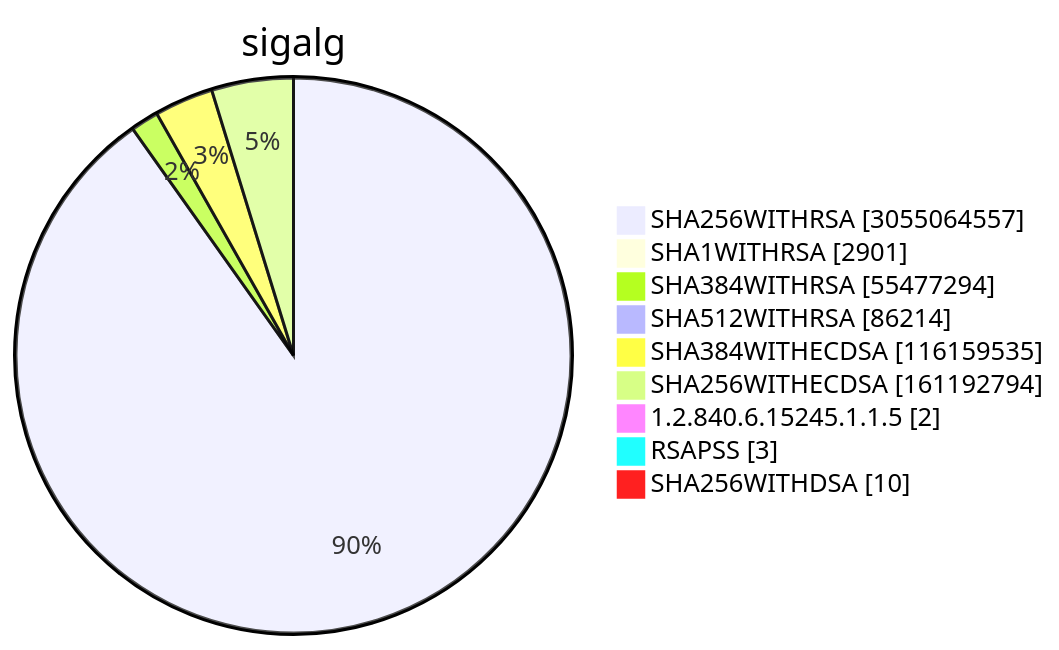
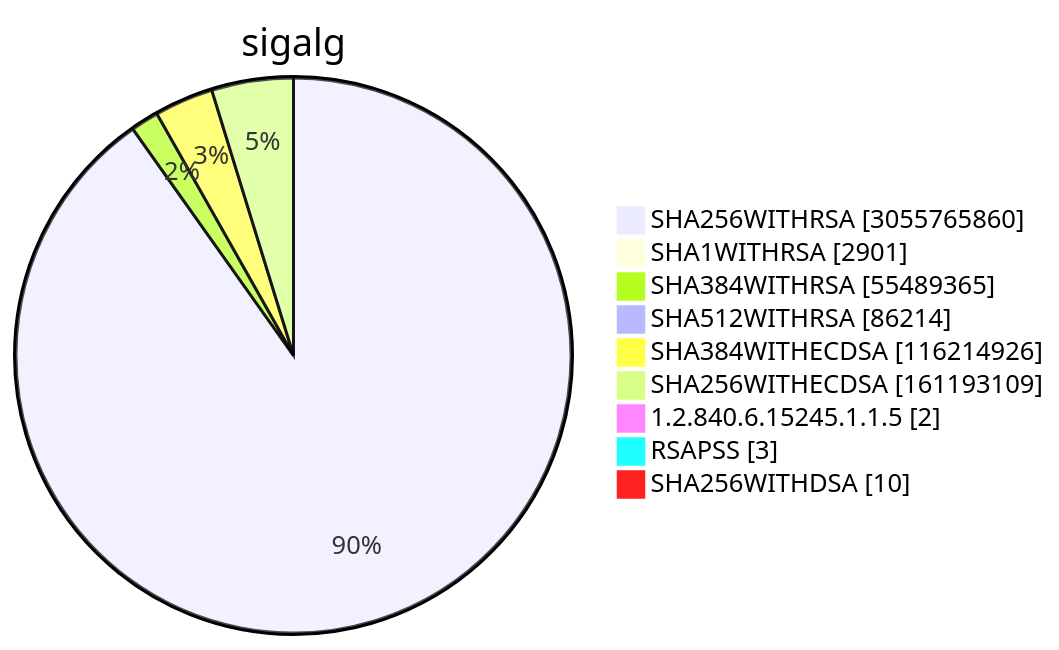
Diagram 15 of 15 in TOTAL/README.md (christiankrug/ctmonitor_visualization), drawn with Mermaid before and after one commit. The commit also changed other lines of this file, not shown here.

````diff
--- a/TOTAL/README.md
+++ b/TOTAL/README.md
@@ -6209,13 +6209,13 @@
 ```mermaid
 pie showData
 title sigalg
-"SHA256WITHRSA" :3055064557
+"SHA256WITHRSA" :3055765860
 "SHA1WITHRSA" :2901
-"SHA384WITHRSA" :55477294
+"SHA384WITHRSA" :55489365
 "SHA512WITHRSA" :86214
-"SHA384WITHECDSA" :116159535
-"SHA256WITHECDSA" :161192794
+"SHA384WITHECDSA" :116214926
+"SHA256WITHECDSA" :161193109
 "1.2.840.6.15245.1.1.5" :2
 "RSAPSS" :3
 "SHA256WITHDSA" :10
 ```
````
